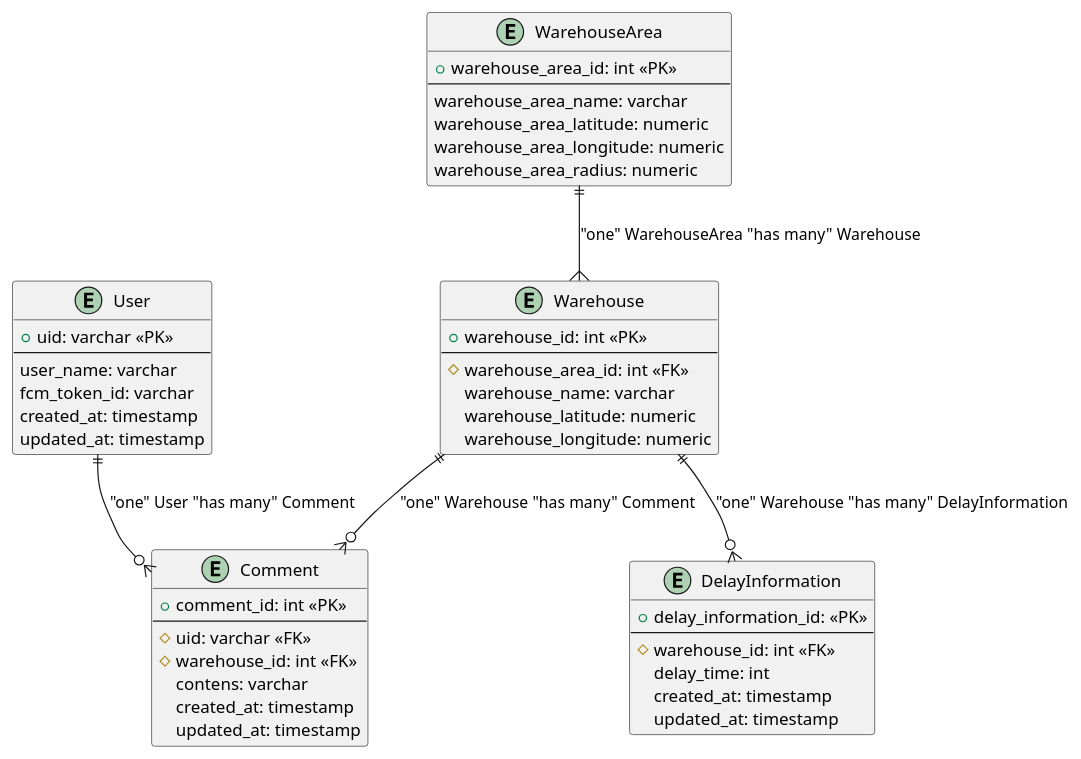
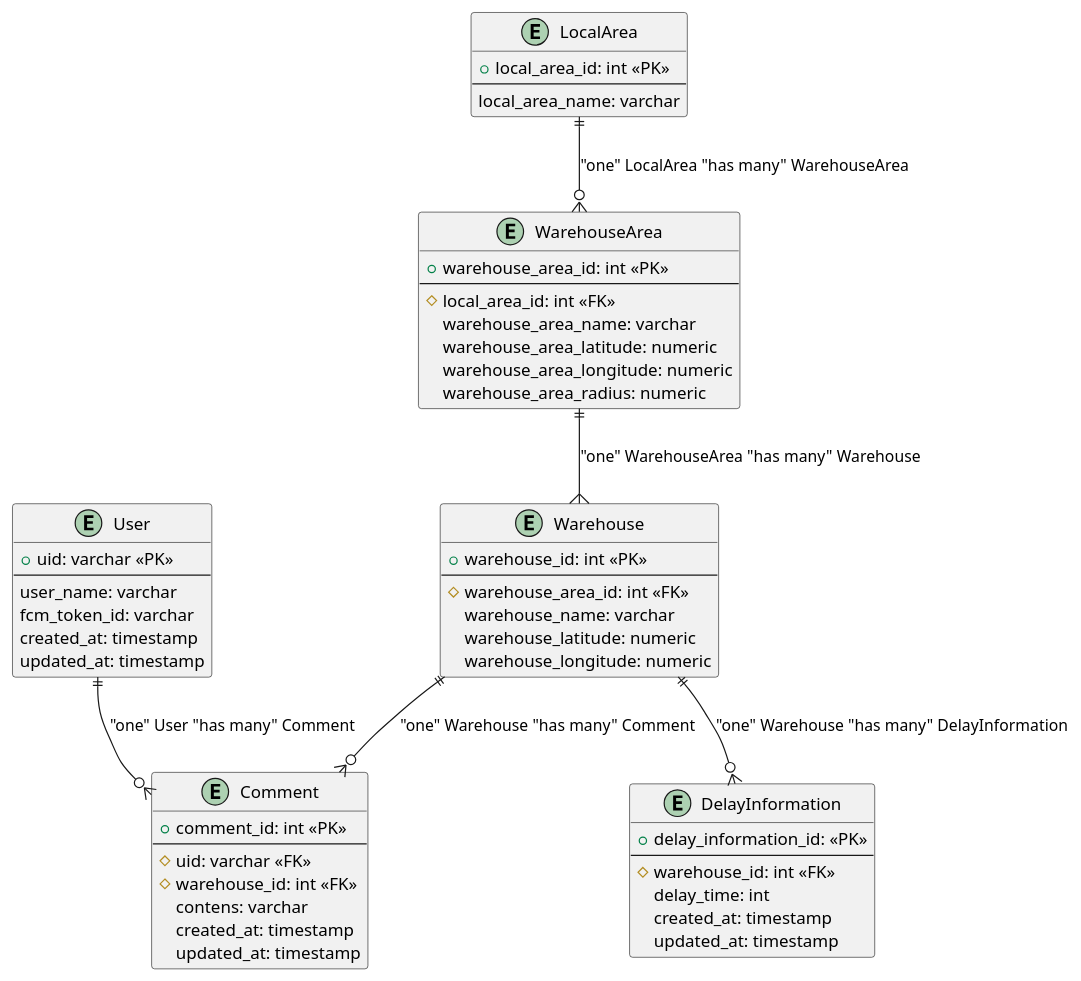
Before and after one commit to SEIZENSETSU/fleet-tracker-backend: the diagram in docs/ER.puml, drawn with PlantUML.

Commit message:
feat: 地方区分を追加

```diff
--- a/docs/ER.puml
+++ b/docs/ER.puml
@@ -1,54 +1,62 @@
 @startuml fleet-tracker
 
 entity User as "User" {
     + uid: varchar <<PK>>
     --
     user_name: varchar
     fcm_token_id: varchar
     created_at: timestamp
     updated_at: timestamp
 }
 
+entity LocalArea as "LocalArea" {
+    + local_area_id: int <<PK>>
+    --
+    local_area_name: varchar
+}
+
 entity WarehouseArea as "WarehouseArea" {
     + warehouse_area_id: int <<PK>>
     --
+    # local_area_id: int <<FK>>
     warehouse_area_name: varchar
     warehouse_area_latitude: numeric
     warehouse_area_longitude: numeric
     warehouse_area_radius: numeric
 }
 
 entity Warehouse as "Warehouse" {
     + warehouse_id: int <<PK>>
     --
     # warehouse_area_id: int <<FK>>
     warehouse_name: varchar
     warehouse_latitude: numeric
     warehouse_longitude: numeric
 }
 
 entity DelayInformation as "DelayInformation" {
     + delay_information_id: <<PK>>
     --
     # warehouse_id: int <<FK>>
     delay_time: int
     created_at: timestamp
     updated_at: timestamp
 }
 
 entity Comment as "Comment" {
     + comment_id: int <<PK>>
     --
     # uid: varchar <<FK>>
     # warehouse_id: int <<FK>>
     contens: varchar
     created_at: timestamp
     updated_at: timestamp
 }
 
+"LocalArea" ||--o{ "WarehouseArea" : "one" LocalArea "has many" WarehouseArea
 "WarehouseArea" ||--{ "Warehouse" : "one" WarehouseArea "has many" Warehouse
 "Warehouse" ||--o{ "DelayInformation" : "one" Warehouse "has many" DelayInformation
 "User" ||--o{ "Comment" : "one" User "has many" Comment
 "Warehouse" ||--o{ "Comment" : "one" Warehouse "has many" Comment
 
 @enduml
```
